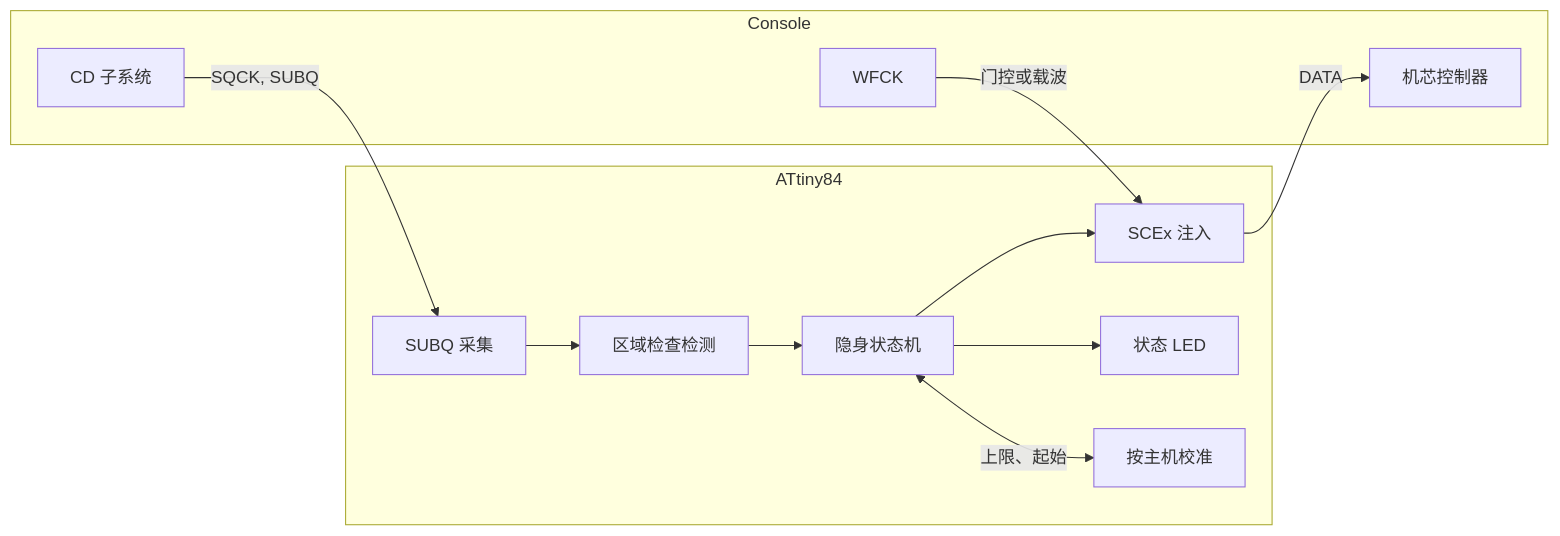
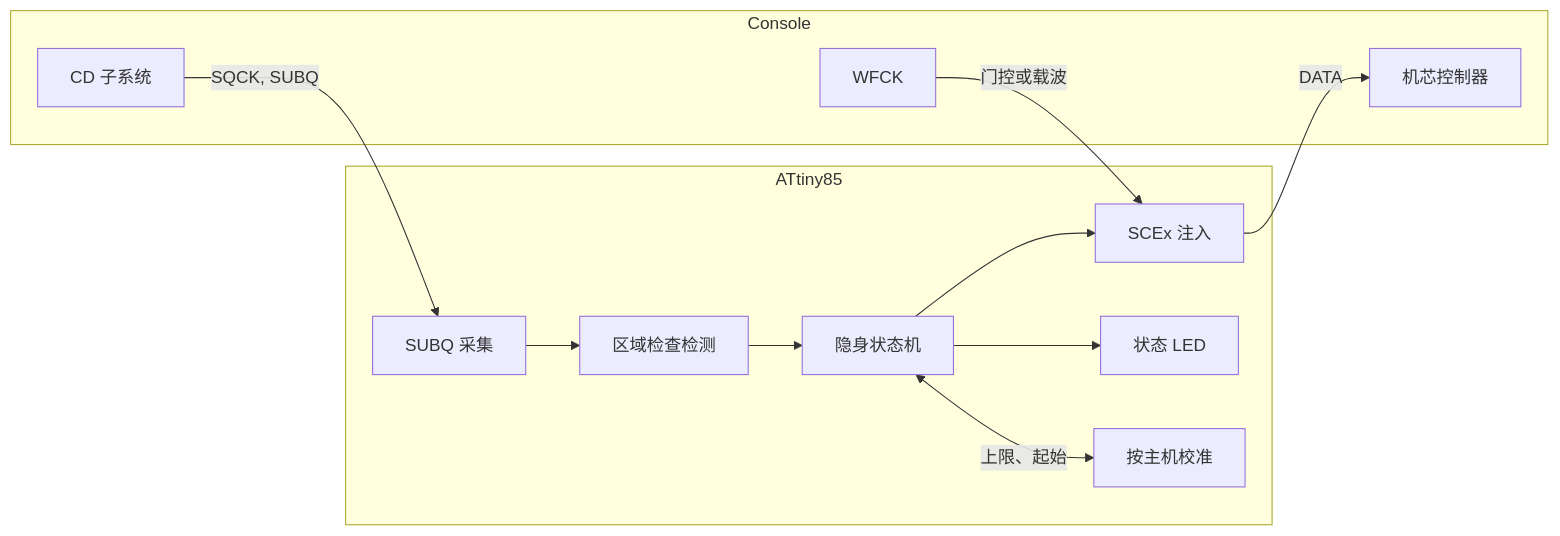
Before and after one commit to gufranco/openscex-modchip: the diagram in README.zh.md, drawn with Mermaid. The commit also changed other lines of this file and 2 other files, not shown here.

First line of the commit message:
docs: attiny85 pinout, flashing and citations

````diff
--- a/README.zh.md
+++ b/README.zh.md
@@ -46,22 +46,22 @@
 ```mermaid
 graph LR
     subgraph Console
         CD[CD 子系统]
         WF[WFCK]
         MECH[机芯控制器]
     end
-    subgraph ATtiny84
+    subgraph ATtiny85
         CAP[SUBQ 采集]
         DET[区域检查检测]
         ST[隐身状态机]
         INJ[SCEx 注入]
         LED[状态 LED]
         CAL[按主机校准]
     end
     CD -->|SQCK, SUBQ| CAP
     CAP --> DET --> ST --> INJ
     ST --> LED
     ST <-->|上限、起始| CAL
     WF -->|门控或载波| INJ
     INJ -->|DATA| MECH
 ```
````
